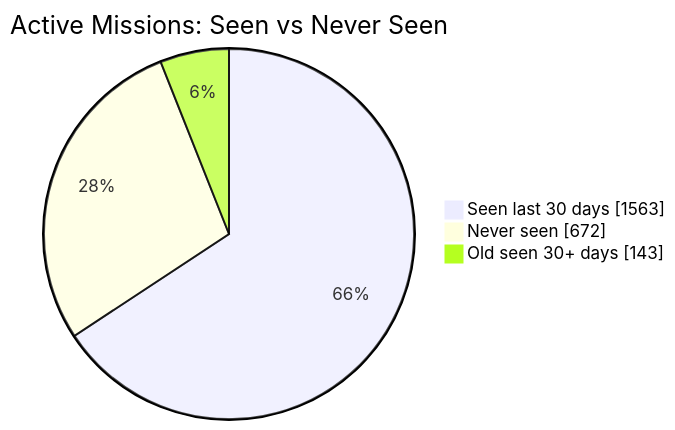
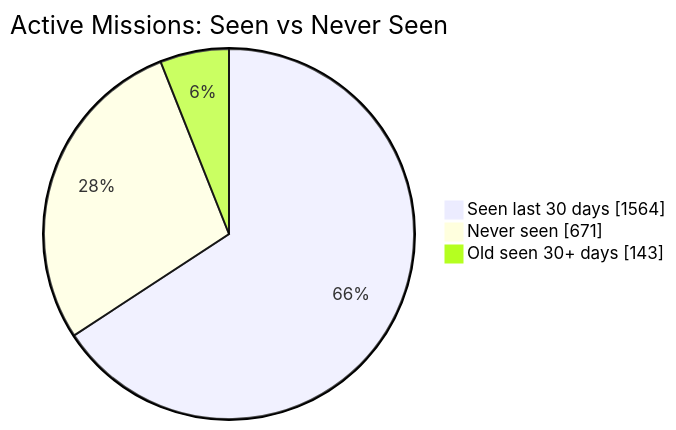
One commit to MeldkamerspelGameTeam/active-missions changed the first of 2 diagrams in README.md. Above: the diagram before and after it, drawn with Mermaid. The commit also changed other lines of this file and 2 other files, not shown here.

````diff
--- a/README.md
+++ b/README.md
@@ -34,7 +34,7 @@
 ```mermaid
 pie showData
     title Active Missions: Seen vs Never Seen
-    "Seen last 30 days" : 1563
-    "Never seen" : 672
+    "Seen last 30 days" : 1564
+    "Never seen" : 671
     "Old seen 30+ days" : 143
 ```
````
